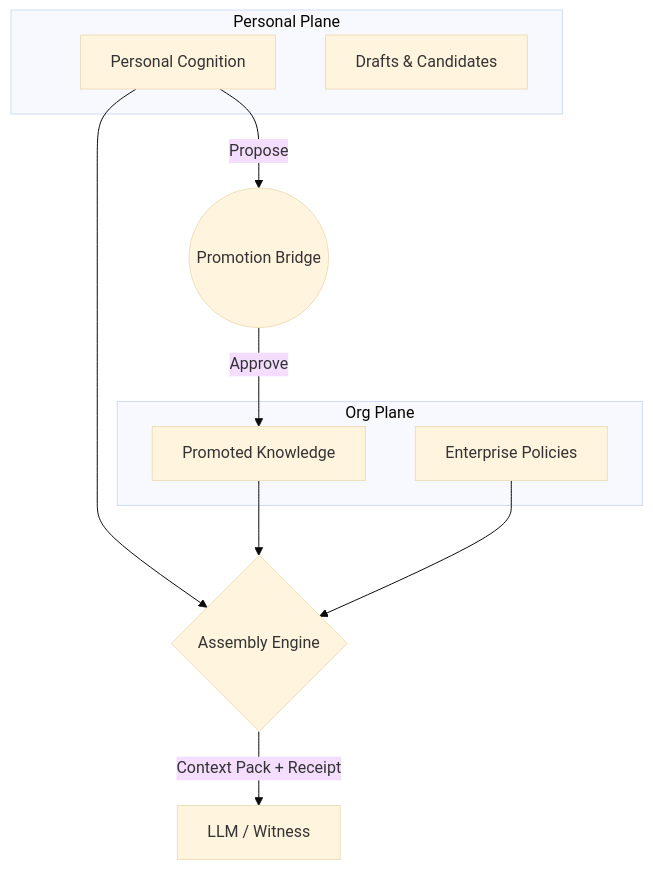
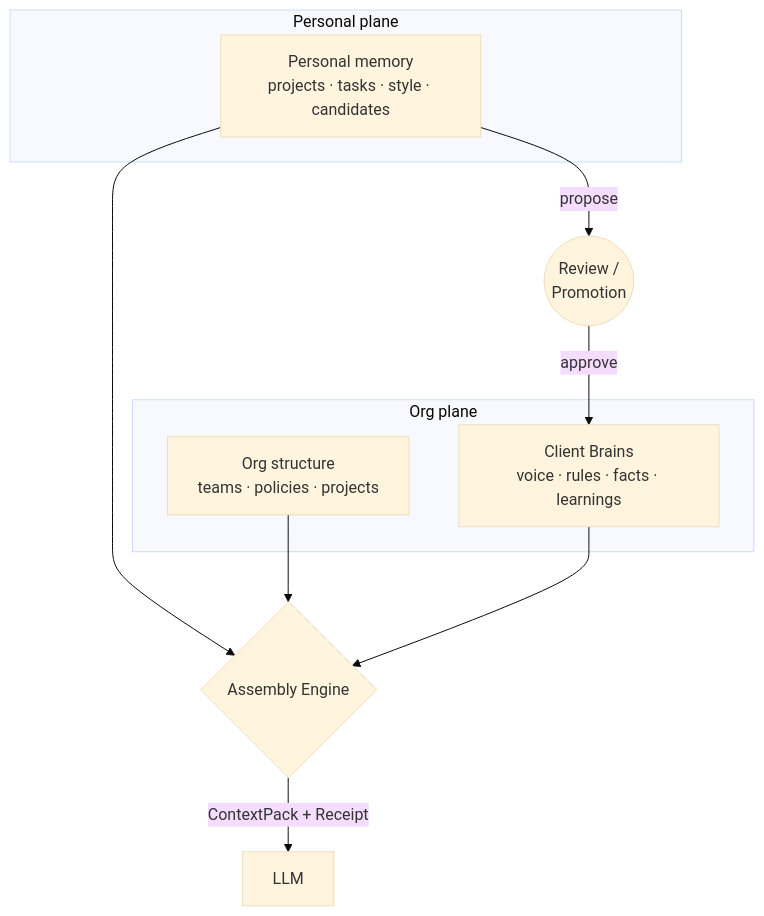
Before and after one commit to sidhurt/VEL_ENT_BRAIN: the diagram in README.md, drawn with Mermaid (base theme). The commit also changed other lines of this file and 10 other files, not shown here.

````diff
--- a/README.md
+++ b/README.md
@@ -13,23 +21,20 @@
 ```mermaid
 flowchart TD
-    subgraph Personal Plane
-    A[Personal Cognition]
-    B[Drafts & Candidates]
+    subgraph PP["Personal plane"]
+        A[Personal memory<br/>projects · tasks · style · candidates]
     end
-    
-    subgraph Org Plane
-    D[Promoted Knowledge]
-    E[Enterprise Policies]
+    subgraph OP["Org plane"]
+        B[Org structure<br/>teams · policies · projects]
+        C[Client Brains<br/>voice · rules · facts · learnings]
     end
-    
-    C((Promotion Bridge))
-    A -->|Propose| C
-    C -->|Approve| D
-    
-    F{Assembly Engine}
-    A --> F
-    D --> F
-    E --> F
-    
-    F -->|Context Pack + Receipt| G[LLM / Witness]
+
+    R((Review /<br/>Promotion))
+    A -- propose --> R
+    R -- approve --> C
+
+    E{Assembly Engine}
+    A --> E
+    B --> E
+    C --> E
+    E -- "ContextPack + Receipt" --> W[LLM]
 ```
````
